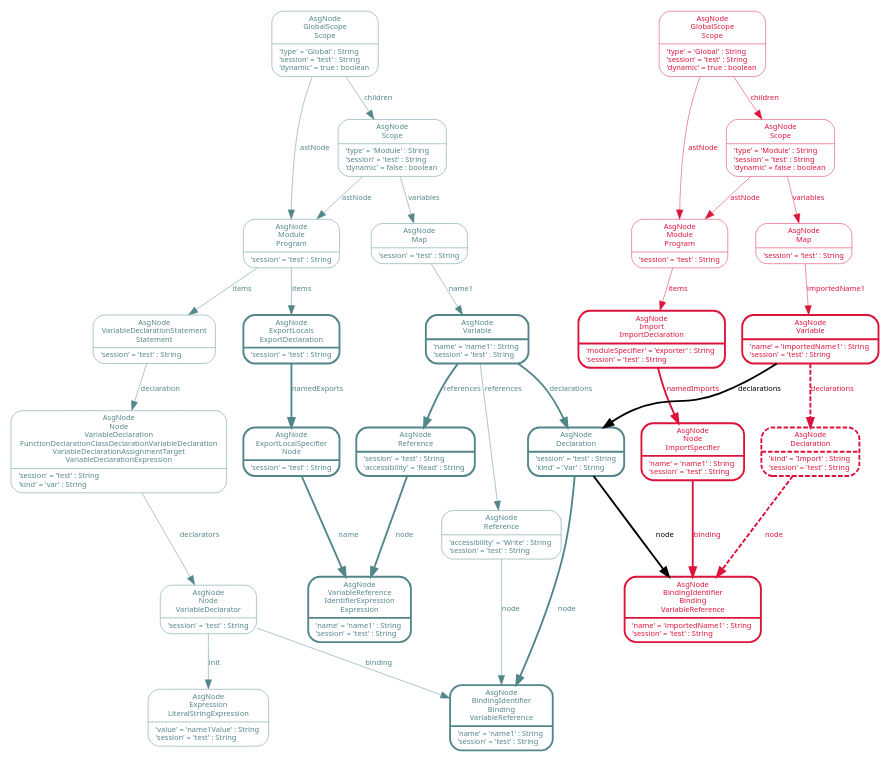
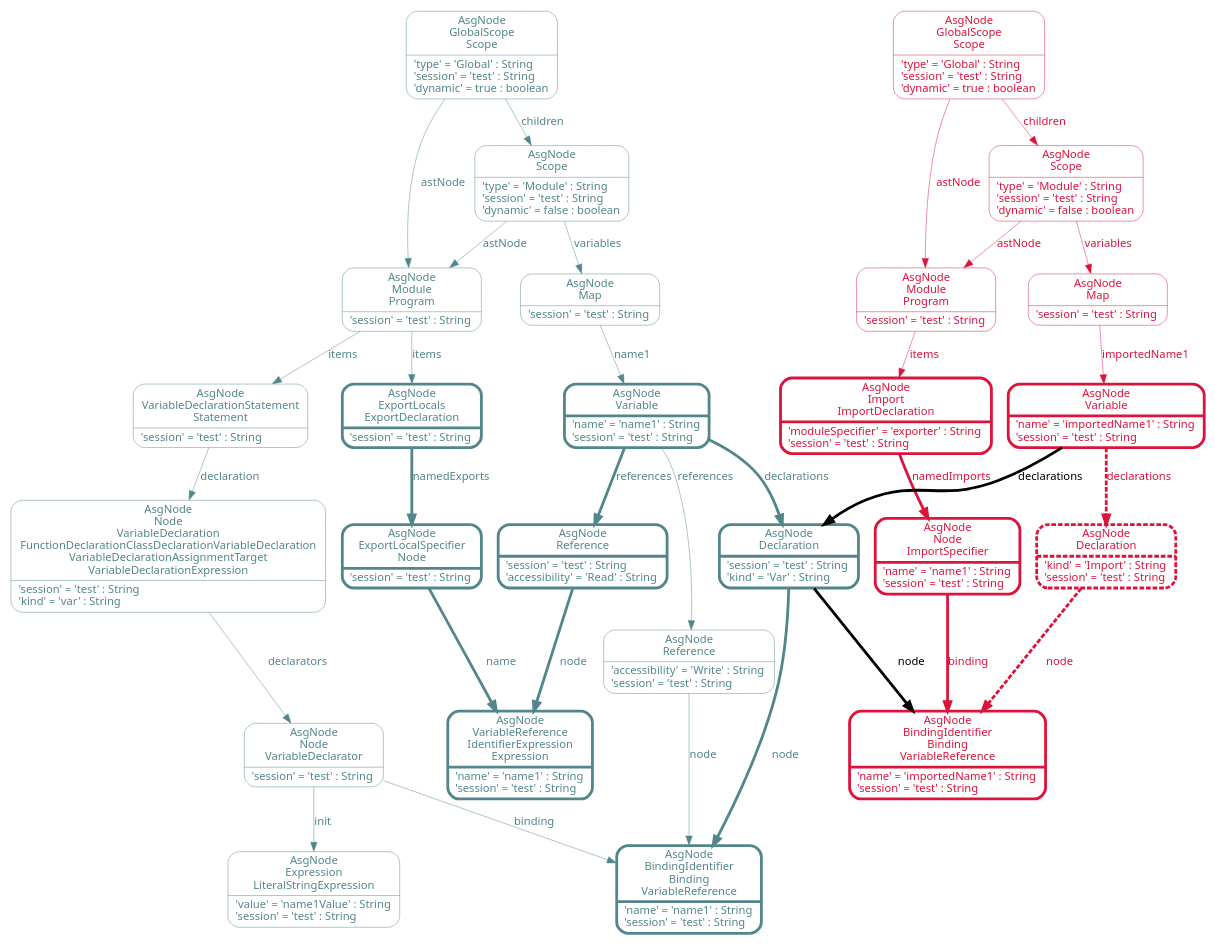
Before and after one commit to luczsoma/bsc-thesis: the diagram in src/figures/export-import-example-asg.dot, drawn with Graphviz. The commit also changed 6 other files, not shown here.

Commit message:
Graph figures resized

```diff
--- a/src/figures/export-import-example-asg.dot
+++ b/src/figures/export-import-example-asg.dot
@@ -1,13 +1,13 @@
 digraph Neo {
   node [
-    fontsize = "8"
+    fontsize = "12"
     shape = "Mrecord"
     fontname = "Noto Sans"
     penwidth = 0.5
   ]
   edge [
     fontname = "Noto Sans"
-    fontsize = "8"
+    fontsize = "12"
     penwidth = 0.5
   ]
 
@@ -16,19 +16,19 @@
     label = "{AsgNode\nBindingIdentifier\nBinding\nVariableReference|'name' = 'name1' : String\l'session' = 'test' : String\l}"
     color = "cadetblue4"
     fontcolor = "cadetblue4"
-    penwidth = 2
+    penwidth = 3
   ]
   N7 [
     label = "{AsgNode\nExportLocalSpecifier\nNode|'session' = 'test' : String\l}"
     color = "cadetblue4"
     fontcolor = "cadetblue4"
-    penwidth = 2
+    penwidth = 3
   ]
   N7 -> N33 [
     label = "name\n"
     color = "cadetblue4"
     fontcolor = "cadetblue4"
-    penwidth = 2
+    penwidth = 3
   ]
   N19 [
     label = "{AsgNode\nGlobalScope\nScope|'type' = 'Global' : String\l'session' = 'test' : String\l'dynamic' = true : boolean\l}"
@@ -49,13 +49,13 @@
     label = "{AsgNode\nExportLocals\nExportDeclaration|'session' = 'test' : String\l}"
     color = "cadetblue4"
     fontcolor = "cadetblue4"
-    penwidth = 2
+    penwidth = 3
   ]
   N24 -> N7 [
     label = "namedExports\n"
     color = "cadetblue4"
     fontcolor = "cadetblue4"
-    penwidth = 2
+    penwidth = 3
   ]
   N30 [
     label = "{AsgNode\nScope|'type' = 'Module' : String\l'session' = 'test' : String\l'dynamic' = false : boolean\l}"
@@ -86,7 +86,7 @@
     label = "{AsgNode\nVariableReference\nIdentifierExpression\nExpression|'name' = 'name1' : String\l'session' = 'test' : String\l}"
     color = "cadetblue4"
     fontcolor = "cadetblue4"
-    penwidth = 2
+    penwidth = 3
   ]
   N39 [
     label = "{AsgNode\nVariableDeclarationStatement\nStatement|'session' = 'test' : String\l}"
@@ -117,13 +117,13 @@
     label = "{AsgNode\nVariable|'name' = 'name1' : String\l'session' = 'test' : String\l}"
     color = "cadetblue4"
     fontcolor = "cadetblue4"
-    penwidth = 2
+    penwidth = 3
   ]
   N46 -> N63 [
     label = "references\n"
     color = "cadetblue4"
     fontcolor = "cadetblue4"
-    penwidth = 2
+    penwidth = 3
   ]
   N46 -> N32 [
     label = "references\n"
@@ -174,31 +174,31 @@
     label = "{AsgNode\nReference|'session' = 'test' : String\l'accessibility' = 'Read' : String\l}"
     color = "cadetblue4"
     fontcolor = "cadetblue4"
-    penwidth = 2
+    penwidth = 3
   ]
   N63 -> N33 [
     label = "node\n"
     color = "cadetblue4"
     fontcolor = "cadetblue4"
-    penwidth = 2
+    penwidth = 3
   ]
   N65 [
     label = "{AsgNode\nDeclaration|'session' = 'test' : String\l'kind' = 'Var' : String\l}"
     color = "cadetblue4"
     fontcolor = "cadetblue4"
-    penwidth = 2
+    penwidth = 3
   ]
   N65 -> N5 [
     label = "node\n"
     color = "cadetblue4"
     fontcolor = "cadetblue4"
-    penwidth = 2
+    penwidth = 3
   ]
   N46 -> N65 [
     label = "declarations\n"
     color = "cadetblue4"
     fontcolor = "cadetblue4"
-    penwidth = 2
+    penwidth = 3
   ]
 
   // importer.js
@@ -221,19 +221,19 @@
     label = "{AsgNode\nImport\nImportDeclaration|'moduleSpecifier' = 'exporter' : String\l'session' = 'test' : String\l}"
     color = "crimson"
     fontcolor = "crimson"
-    penwidth = 2
+    penwidth = 3
   ]
   N68 -> N90 [
     label = "namedImports\n"
     color = "crimson"
     fontcolor = "crimson"
-    penwidth = 2
+    penwidth = 3
   ]
   N77 [
     label = "{AsgNode\nBindingIdentifier\nBinding\nVariableReference|'name' = 'importedName1' : String\l'session' = 'test' : String\l}"
     color = "crimson"
     fontcolor = "crimson"
-    penwidth = 2
+    penwidth = 3
   ]
   N80 [
     label = "{AsgNode\nModule\nProgram|'session' = 'test' : String\l}"
@@ -250,26 +250,26 @@
     color = "crimson"
     fontcolor = "crimson"
     style = "dashed"
-    penwidth = 2
+    penwidth = 3
   ]
   N89 -> N77 [
     label = "node\n"
     color = "crimson"
     fontcolor = "crimson"
     style = "dashed"
-    penwidth = 2
+    penwidth = 3
   ]
   N90 [
     label = "{AsgNode\nNode\nImportSpecifier|'name' = 'name1' : String\l'session' = 'test' : String\l}"
     color = "crimson"
     fontcolor = "crimson"
-    penwidth = 2
+    penwidth = 3
   ]
   N90 -> N77 [
     label = "binding\n"
     color = "crimson"
     fontcolor = "crimson"
-    penwidth = 2
+    penwidth = 3
   ]
   N93 [
     label = "{AsgNode\nMap|'session' = 'test' : String\l}"
@@ -285,14 +285,14 @@
     label = "{AsgNode\nVariable|'name' = 'importedName1' : String\l'session' = 'test' : String\l}"
     color = "crimson"
     fontcolor = "crimson"
-    penwidth = 2
+    penwidth = 3
   ]
   N95 -> N89 [
     label = "declarations\n"
     color = "crimson"
     fontcolor = "crimson"
     style = "dashed"
-    penwidth = 2
+    penwidth = 3
   ]
   N97 [
     label = "{AsgNode\nGlobalScope\nScope|'type' = 'Global' : String\l'session' = 'test' : String\l'dynamic' = true : boolean\l}"
@@ -313,12 +313,12 @@
   // new node edge
   N65 -> N77 [
     label = "node\n"
-    penwidth = 2
+    penwidth = 3
   ]
 
   // new declarations edge
   N95 -> N65 [
     label = "declarations\n"
-    penwidth = 2
+    penwidth = 3
   ]
 }
```
